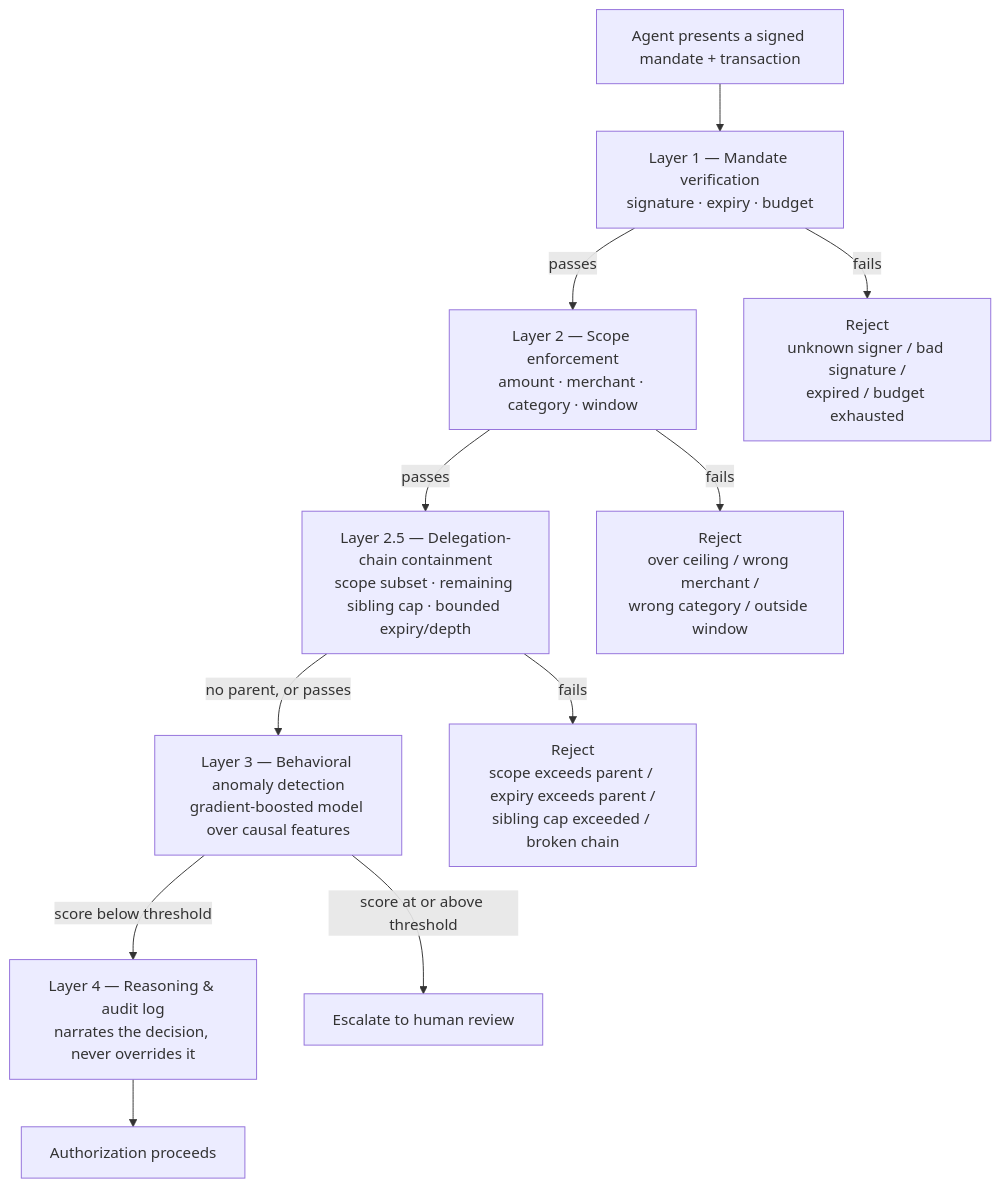
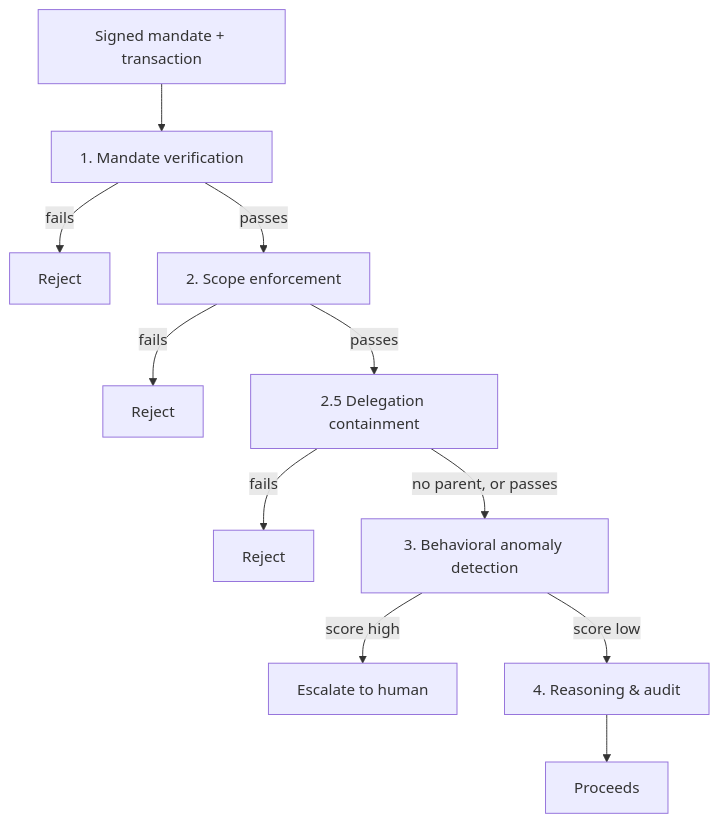
One commit to cfcmadlad/agentic-commerce-sentinel changed the diagram in README.md. Above: the diagram before and after it, drawn with Mermaid. The commit also changed other lines of this file and 12 other files, not shown here.

````diff
--- a/README.md
+++ b/README.md
@@ -90,18 +35,12 @@
 ```mermaid
 flowchart TD
-    A["Agent presents a signed mandate + transaction"] --> L1
-
-    L1["Layer 1 — Mandate verification\nsignature · expiry · budget"] -->|passes| L2
-    L1 -->|fails| R1["Reject\nunknown signer / bad signature /\nexpired / budget exhausted"]
-
-    L2["Layer 2 — Scope enforcement\namount · merchant · category · window"] -->|passes| L25
-    L2 -->|fails| R2["Reject\nover ceiling / wrong merchant /\nwrong category / outside window"]
-
-    L25["Layer 2.5 — Delegation-chain containment\nscope subset · remaining sibling cap · bounded expiry/depth"] -->|no parent, or passes| L3
-    L25 -->|fails| R25["Reject\nscope exceeds parent / expiry exceeds parent /\nsibling cap exceeded / broken chain"]
-
-    L3["Layer 3 — Behavioral anomaly detection\ngradient-boosted model over causal features"] -->|score below threshold| L4
-    L3 -->|score at or above threshold| ESC["Escalate to human review"]
-
-    L4["Layer 4 — Reasoning & audit log\nnarrates the decision, never overrides it"] --> OUT["Authorization proceeds"]
+    A["Signed mandate + transaction"] --> L1["1. Mandate verification"]
+    L1 -->|fails| R1["Reject"]
+    L1 -->|passes| L2["2. Scope enforcement"]
+    L2 -->|fails| R2["Reject"]
+    L2 -->|passes| L25["2.5 Delegation containment"]
+    L25 -->|fails| R25["Reject"]
+    L25 -->|no parent, or passes| L3["3. Behavioral anomaly detection"]
+    L3 -->|score high| ESC["Escalate to human"]
+    L3 -->|score low| L4["4. Reasoning & audit"] --> OUT["Proceeds"]
 ```
````
